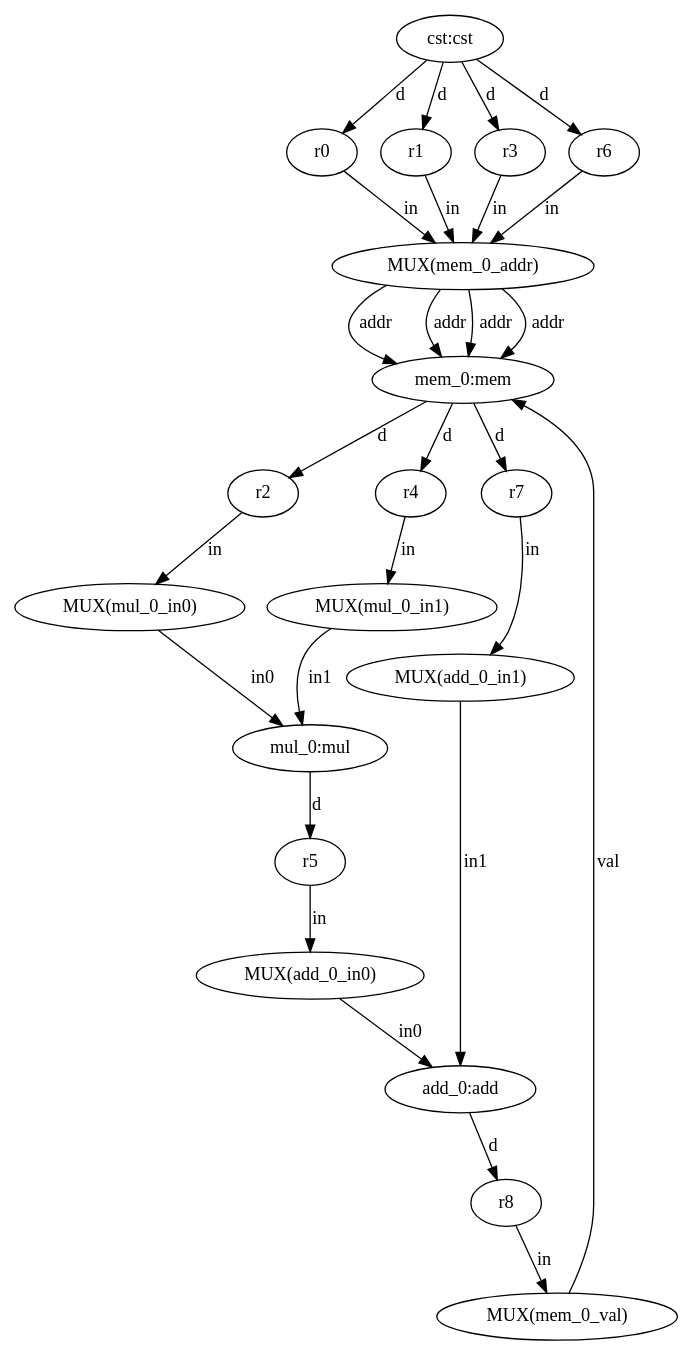
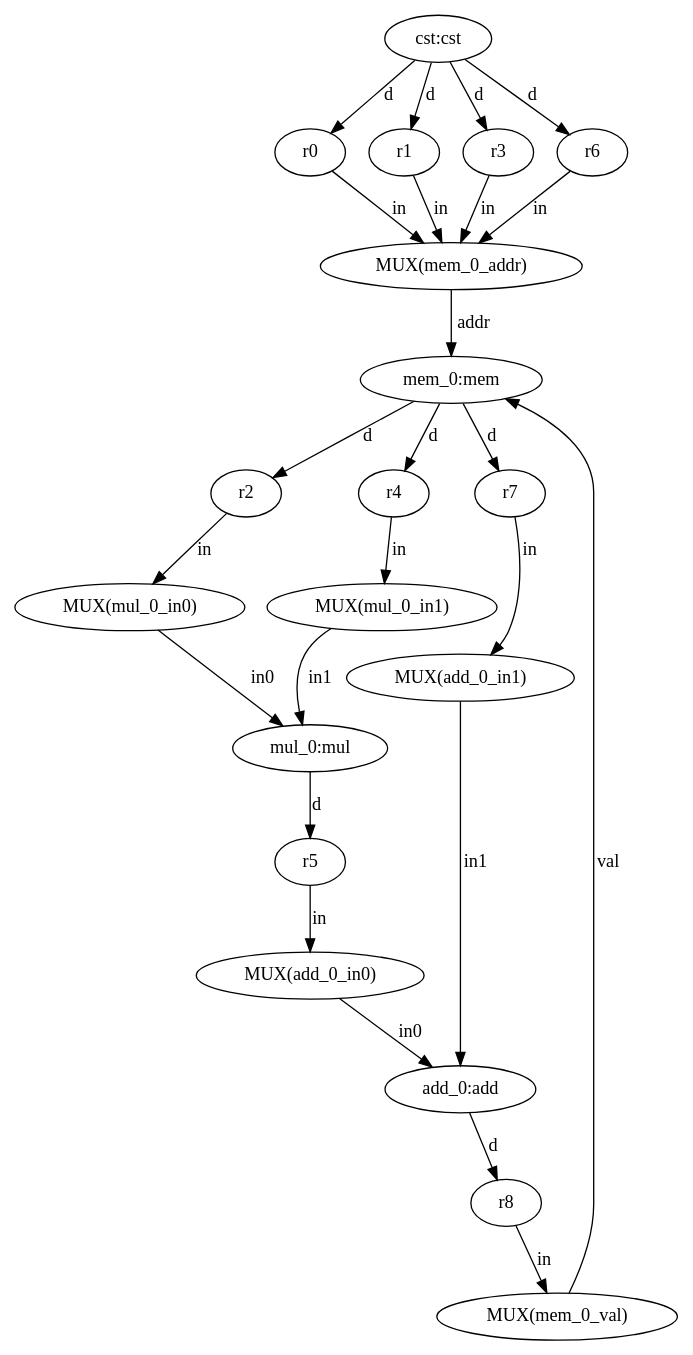
One commit to ma-carrillo/High-level-synthesis-assignment changed the diagram in datapath.dot. Above: the diagram before and after it, drawn with Graphviz. The commit also changed 6 other files, not shown here.

```diff
--- a/datapath.dot
+++ b/datapath.dot
@@ -1,48 +1,45 @@
 digraph "example_datapath" {
   n0 [label="cst:cst"];
   n1 [label="mem_0:mem"];
   n2 [label="mul_0:mul"];
   n3 [label="add_0:add"];
   n4 [label="r0"];
   n5 [label="r1"];
   n6 [label="r2"];
   n7 [label="r3"];
   n8 [label="r4"];
   n9 [label="r5"];
   n10 [label="r6"];
   n11 [label="r7"];
   n12 [label="r8"];
   n13 [label="MUX(mem_0_addr)"];
   n14 [label="MUX(mul_0_in0)"];
   n15 [label="MUX(mul_0_in1)"];
   n16 [label="MUX(add_0_in0)"];
   n17 [label="MUX(add_0_in1)"];
   n18 [label="MUX(mem_0_val)"];
   n0 -> n4 [label="d"];
   n0 -> n5 [label="d"];
   n0 -> n7 [label="d"];
   n0 -> n10 [label="d"];
   n1 -> n6 [label="d"];
   n1 -> n8 [label="d"];
   n1 -> n11 [label="d"];
   n2 -> n9 [label="d"];
   n3 -> n12 [label="d"];
   n4 -> n13 [label="in"];
   n5 -> n13 [label="in"];
   n6 -> n14 [label="in"];
   n7 -> n13 [label="in"];
   n8 -> n15 [label="in"];
   n9 -> n16 [label="in"];
   n10 -> n13 [label="in"];
   n11 -> n17 [label="in"];
   n12 -> n18 [label="in"];
   n13 -> n1 [label="addr"];
-  n13 -> n1 [label="addr"];
-  n13 -> n1 [label="addr"];
-  n13 -> n1 [label="addr"];
   n14 -> n2 [label="in0"];
   n15 -> n2 [label="in1"];
   n16 -> n3 [label="in0"];
   n17 -> n3 [label="in1"];
   n18 -> n1 [label="val"];
 }
```
